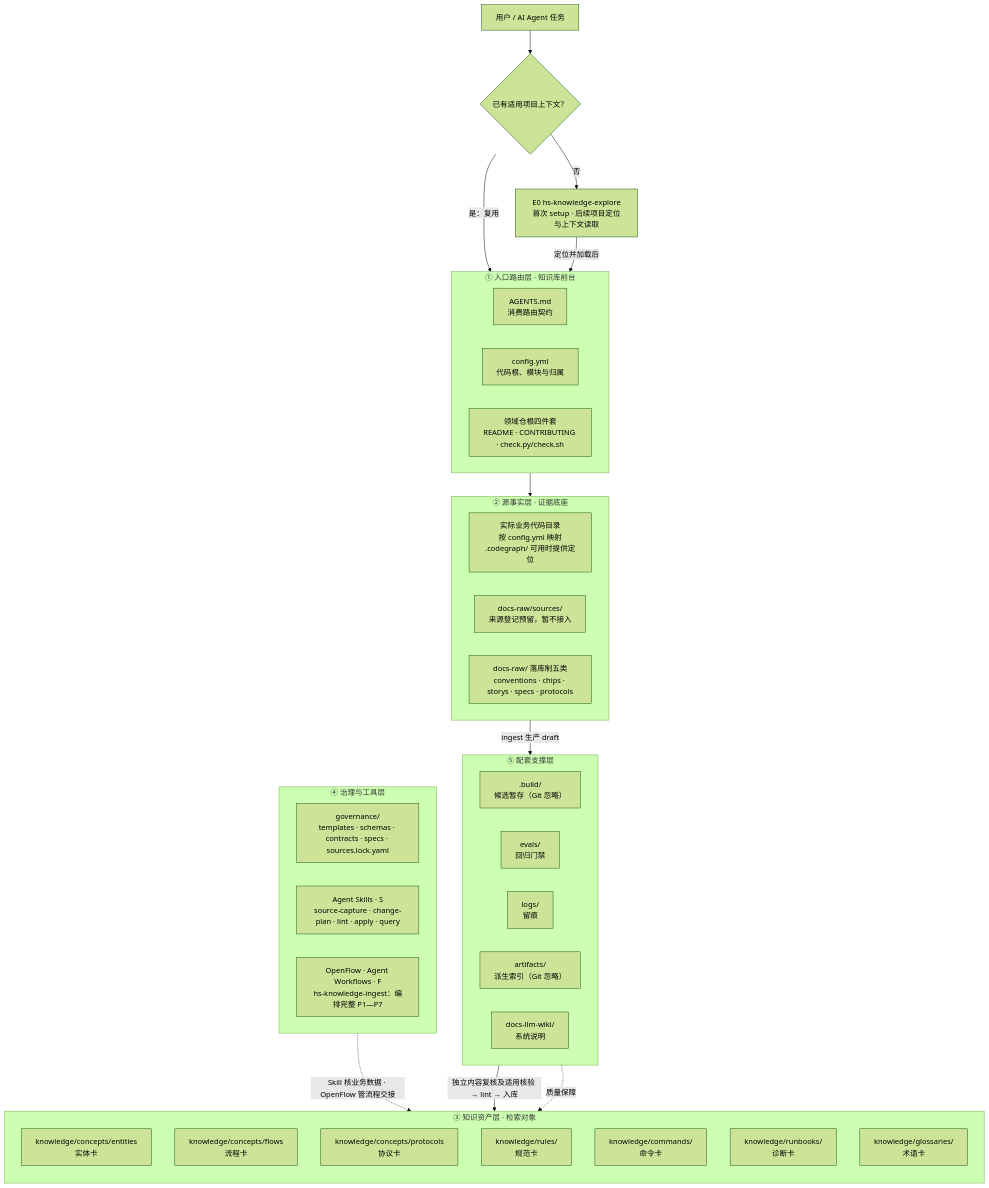
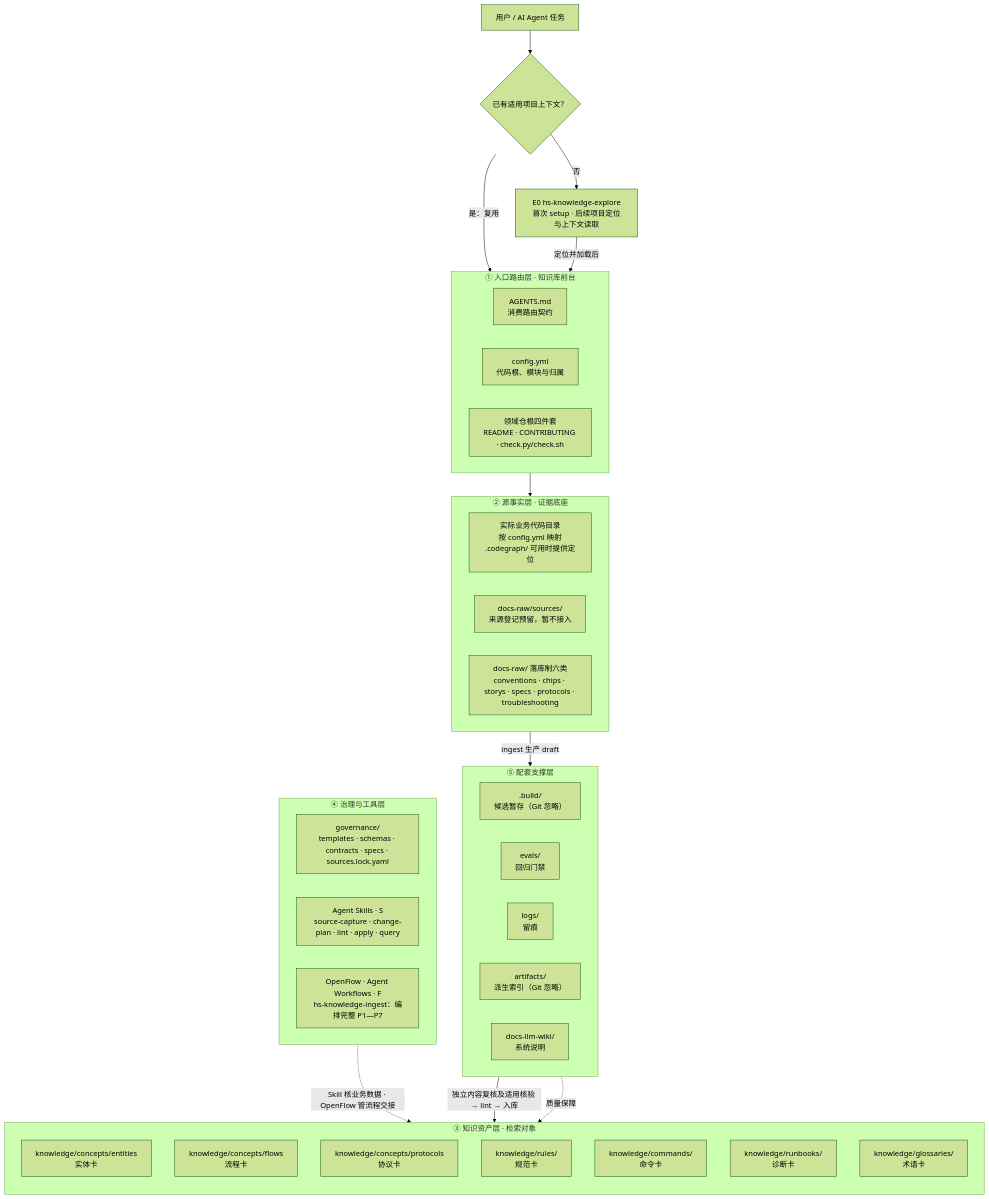
Before and after one commit to Robin-hhc/FactumCore: the first of 7 diagrams in himate-knowledge-wifi-mp/docs-llm-wiki/HiMate知识库架构设计.md, drawn with Mermaid (forest theme). The commit also changed other lines of this file and 25 other files, not shown here.

Commit message:
feat: add troubleshooting raw source category

````diff
--- a/himate-knowledge-wifi-mp/docs-llm-wiki/HiMate知识库架构设计.md
+++ b/himate-knowledge-wifi-mp/docs-llm-wiki/HiMate知识库架构设计.md
@@ -128,57 +129,57 @@
 ```mermaid
 flowchart TB
     U["用户 / AI Agent 任务"]
     C0{"已有适用项目上下文？"}
     E0["E0 hs-knowledge-explore<br />首次 setup · 后续项目定位与上下文读取"]
 
     subgraph S1["① 入口路由层 · 知识库前台"]
         direction LR
         A2["AGENTS.md<br />消费路由契约"]
         A3["config.yml<br />代码根、模块与归属"]
         A4["领域仓根四件套<br />README · CONTRIBUTING · check.py/check.sh"]
     end
 
     subgraph S2["② 源事实层 · 证据底座"]
         direction LR
         B1["实际业务代码目录<br />按 config.yml 映射<br />.codegraph/ 可用时提供定位"]
         B2["docs-raw/sources/<br />来源登记预留，暂不接入"]
-        B3["docs-raw/ 落库制五类<br />conventions · chips · storys · specs · protocols"]
+        B3["docs-raw/ 落库制六类<br />conventions · chips · storys · specs · protocols · troubleshooting"]
     end
 
     subgraph S3["③ 知识资产层 · 检索对象"]
         direction TB
         C1["knowledge/concepts/entities<br />实体卡"]
         C2["knowledge/concepts/flows<br />流程卡"]
         C3["knowledge/concepts/protocols<br />协议卡"]
         C4["knowledge/rules/<br />规范卡"]
         C5["knowledge/commands/<br />命令卡"]
         C6["knowledge/runbooks/<br />诊断卡"]
         C7["knowledge/glossaries/<br />术语卡"]
     end
 
     subgraph S4["④ 治理与工具层"]
         direction LR
         D1["governance/<br />templates · schemas · contracts · specs · sources.lock.yaml"]
         D2["Agent Skills · S<br />source-capture · change-plan · lint · apply · query"]
         D3["OpenFlow · Agent Workflows · F<br />hs-knowledge-ingest：编排完整 P1—P7"]
     end
 
     subgraph S5["⑤ 配套支撑层"]
         direction LR
         E1[".build/<br />候选暂存（Git 忽略）"]
         E2["evals/<br />回归门禁"]
         E3["logs/<br />留痕"]
         E4["artifacts/<br />派生索引（Git 忽略）"]
         E5["docs-llm-wiki/<br />系统说明"]
     end
 
     U --> C0
     C0 -->|"是：复用"| S1
     C0 -->|"否"| E0
     E0 -->|"定位并加载后"| S1
     S1 --> S2
     S2 -->|"ingest 生产 draft"| E1
     E1 -->|"独立内容复核及适用核验 → lint → 入库"| S3
     S4 -.->|"Skill 核业务数据 · OpenFlow 管流程交接"| S3
     S5 -.->|"质量保障"| S3
 ```
````
